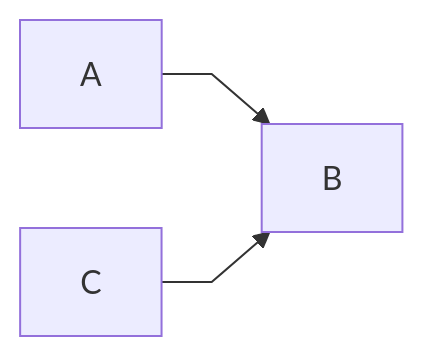
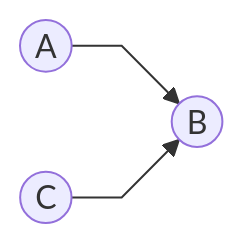
Diagram 13 of 39 in presentation_goa/index.qmd (laurenceomfoisy/laurenceoliviermfoisy), drawn with Mermaid before and after one commit. The commit also changed other lines of this file and 1 other file, not shown here.

````diff
--- a/presentation_goa/index.qmd
+++ b/presentation_goa/index.qmd
@@ -187,8 +184,8 @@
 ```{mermaid}
 
 %%{init: {'flowchart' : {'curve' : 'linear'}}}%%
 
 flowchart LR;
-    A --> B;
-    C --> B;
+    A((A)) --> B((B));
+    C((C)) --> B;
 ```
````
